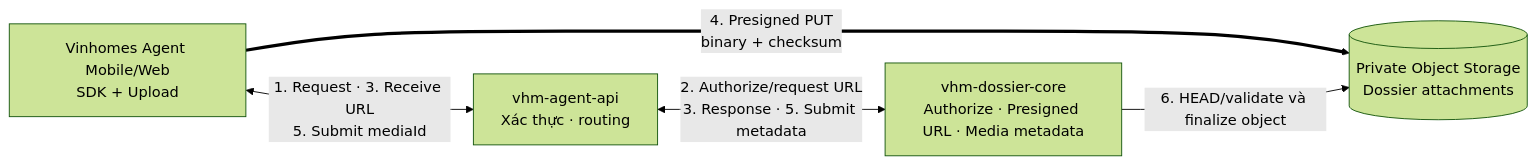
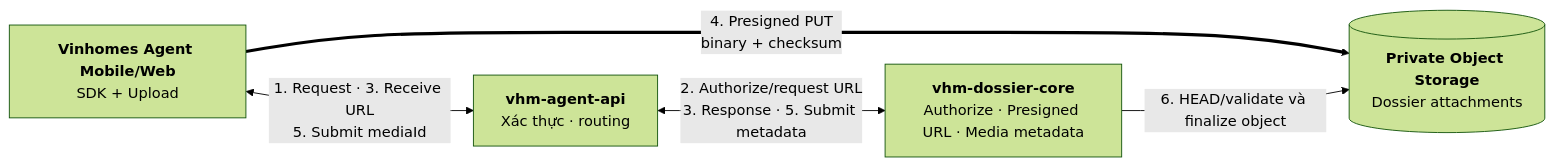
The first of 10 diagrams in noxh.md (huynv-xyz/vhm), drawn with Mermaid (forest theme) before and after one commit. The commit also changed other lines of this file, not shown here.

````diff
--- a/noxh.md
+++ b/noxh.md
@@ -141,12 +141,12 @@
 ```mermaid
 flowchart LR
-    AGENT["Vinhomes Agent Mobile/Web<br/>SDK + Upload"]
-    BFF["vhm-agent-api<br/>Xác thực · routing"]
-    NOXH["vhm-dossier-core<br/>Authorize · Presigned URL · Media metadata"]
-    MEDIA[("Private Object Storage<br/>Dossier attachments")]
+    AGENT["<b>Vinhomes Agent Mobile/Web</b><br/>SDK + Upload"]
+    BFF["<b>vhm-agent-api</b><br/>Xác thực · routing"]
+    NOXH["<b>vhm-dossier-core</b><br/>Authorize · Presigned URL · Media metadata"]
+    MEDIA[("<b>Private Object Storage</b><br/>Dossier attachments")]
 
     AGENT <-->|"1. Request · 3. Receive URL<br/>5. Submit mediaId"| BFF
     BFF <-->|"2. Authorize/request URL<br/>3. Response · 5. Submit metadata"| NOXH
     AGENT ==>|"4. Presigned PUT<br/>binary + checksum"| MEDIA
     NOXH -->|"6. HEAD/validate và finalize object"| MEDIA
 ```
````
